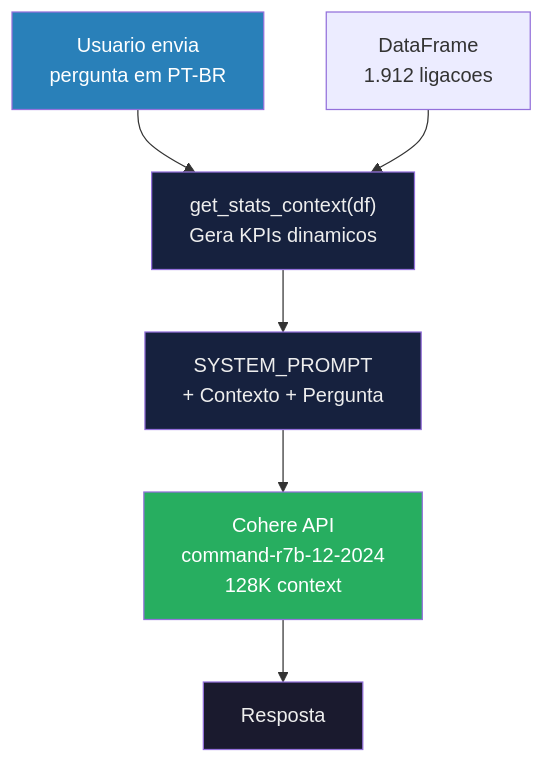
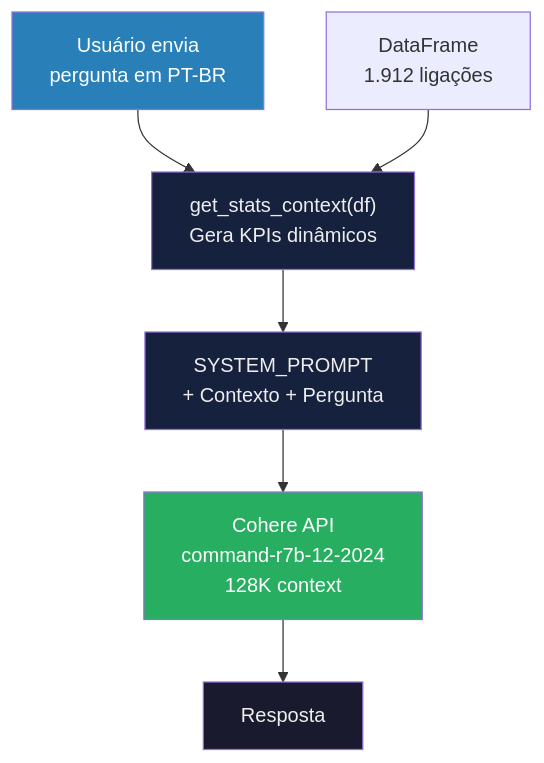
One commit to cavalcanteprofissional/sanova-micromedicao-dashboard changed the fourth of 6 diagrams in README.md. Above: the diagram before and after it, drawn with Mermaid. The commit also changed other lines of this file, not shown here.

````diff
--- a/README.md
+++ b/README.md
@@ -175,16 +175,16 @@
 ```mermaid
 flowchart TD
-    USER["Usuario envia\npergunta em PT-BR"]
-        --> CTX["get_stats_context(df)\nGera KPIs dinamicos"]
+    USER["Usuário envia\npergunta em PT-BR"]
+        --> CTX["get_stats_context(df)\nGera KPIs dinâmicos"]
         --> PROMPT["SYSTEM_PROMPT\n+ Contexto + Pergunta"]
         --> LLM["Cohere API\ncommand-r7b-12-2024\n128K context"]
         --> RESP["Resposta"]
 
-    DF["DataFrame\n1.912 ligacoes"] --> CTX
+    DF["DataFrame\n1.912 ligações"] --> CTX
 
     style USER fill:#2980B9,color:#fff
     style CTX fill:#16213e,color:#eee
     style PROMPT fill:#16213e,color:#eee
     style LLM fill:#27AE60,color:#fff
     style RESP fill:#1a1a2e,color:#eee
 ```
````
